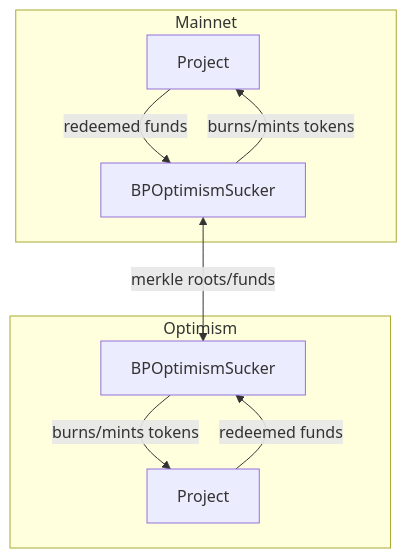
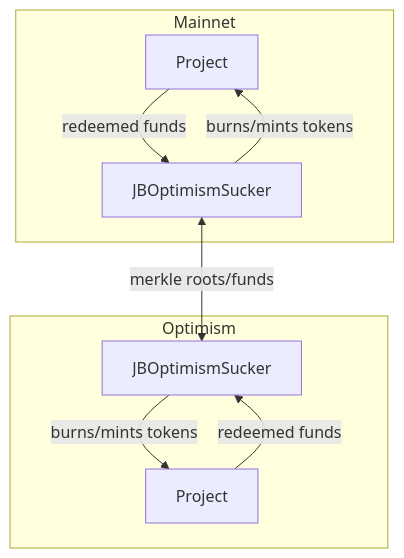
One commit to Bananapus/nana-suckers-v5 changed the second of 2 diagrams in README.md. Above: the diagram before and after it, drawn with Mermaid. The commit also changed other lines of this file and 6 other files, not shown here.

````diff
--- a/README.md
+++ b/README.md
@@ -198,12 +198,12 @@
 ```mermaid
 graph TD;
     subgraph Mainnet
-    A[Project] -->|redeemed funds| B[BPOptimismSucker]
+    A[Project] -->|redeemed funds| B[JBOptimismSucker]
     B -->|burns/mints tokens| A
     end
     subgraph Optimism
-    C[Project] -->|redeemed funds| D[BPOptimismSucker]
+    C[Project] -->|redeemed funds| D[JBOptimismSucker]
     D -->|burns/mints tokens| C
     end
     B <-->|merkle roots/funds| D
 ```
````
